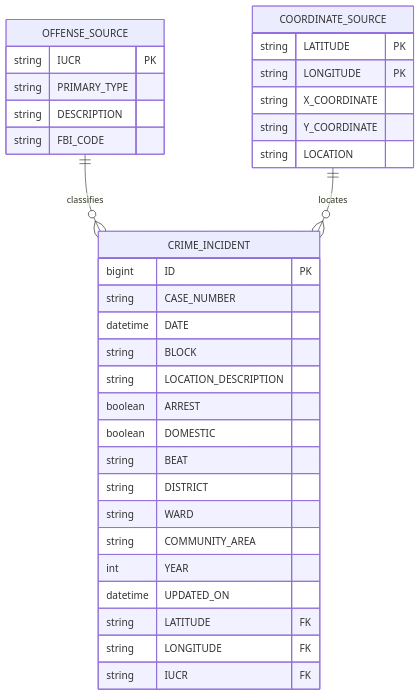
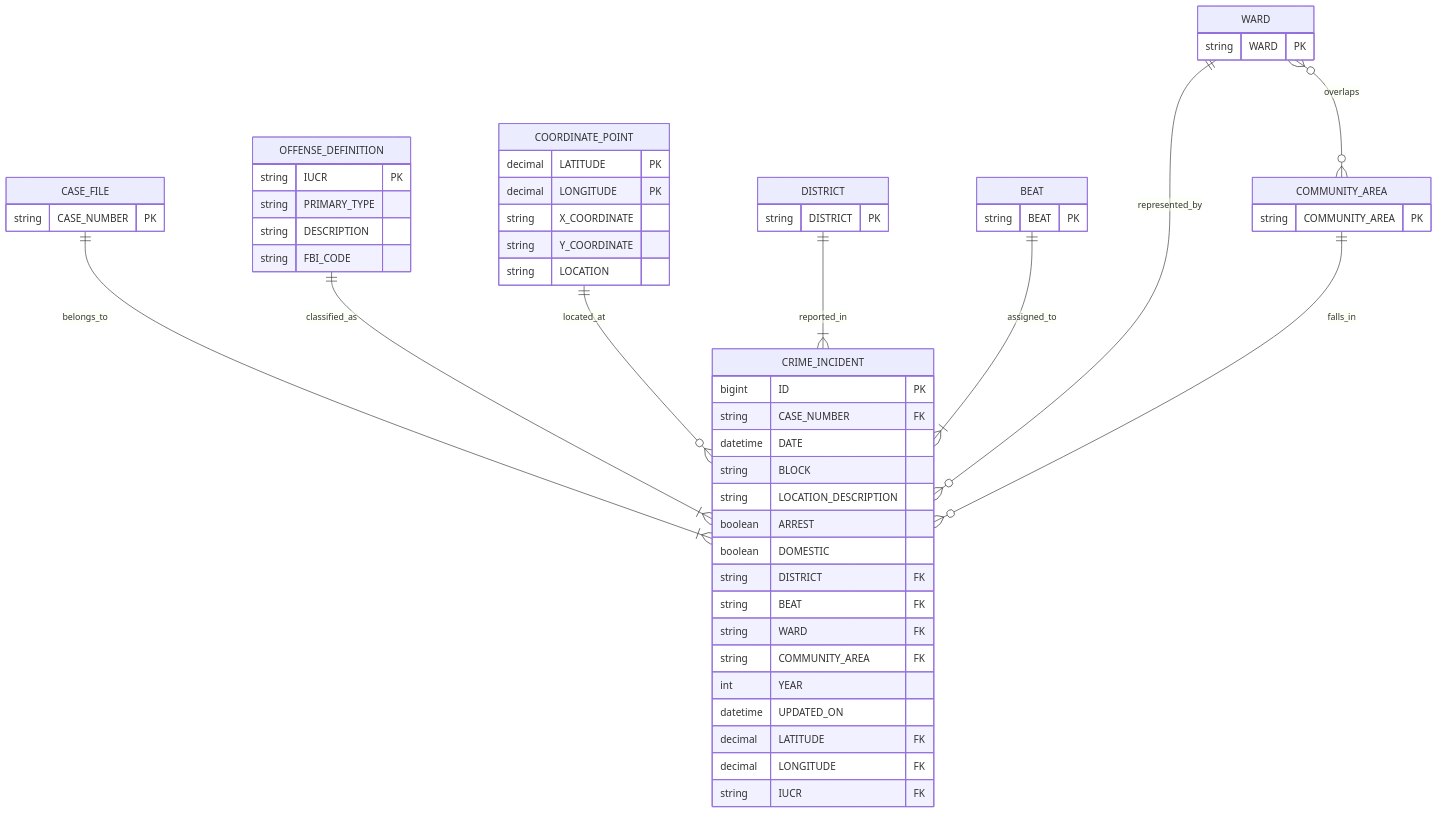
The diagram in README.md (ManushiChamika/Urban_Crime_Monitoring_and_Public_Safety_Intelligence), drawn with Mermaid before and after one commit. The commit also changed other lines of this file and 6 other files, not shown here.

````diff
--- a/README.md
+++ b/README.md
@@ -99,39 +95,65 @@
 ```mermaid
 erDiagram
     CRIME_INCIDENT {
         bigint ID PK
-        string CASE_NUMBER
+        string CASE_NUMBER FK
         datetime DATE
         string BLOCK
         string LOCATION_DESCRIPTION
         boolean ARREST
         boolean DOMESTIC
-        string BEAT
-        string DISTRICT
-        string WARD
-        string COMMUNITY_AREA
+        string DISTRICT FK
+        string BEAT FK
+        string WARD FK
+        string COMMUNITY_AREA FK
         int YEAR
         datetime UPDATED_ON
-        string LATITUDE FK
-        string LONGITUDE FK
+        decimal LATITUDE FK
+        decimal LONGITUDE FK
         string IUCR FK
     }
 
-    OFFENSE_SOURCE {
+    CASE_FILE {
+        string CASE_NUMBER PK
+    }
+
+    OFFENSE_DEFINITION {
         string IUCR PK
         string PRIMARY_TYPE
         string DESCRIPTION
         string FBI_CODE
     }
 
-    COORDINATE_SOURCE {
-        string LATITUDE PK
-        string LONGITUDE PK
+    COORDINATE_POINT {
+        decimal LATITUDE PK
+        decimal LONGITUDE PK
         string X_COORDINATE
         string Y_COORDINATE
         string LOCATION
     }
 
-    OFFENSE_SOURCE ||--o{ CRIME_INCIDENT : classifies
-    COORDINATE_SOURCE ||--o{ CRIME_INCIDENT : locates
+    DISTRICT {
+        string DISTRICT PK
+    }
+
+    BEAT {
+        string BEAT PK
+    }
+
+    WARD {
+        string WARD PK
+    }
+
+    COMMUNITY_AREA {
+        string COMMUNITY_AREA PK
+    }
+
+    CASE_FILE ||--|{ CRIME_INCIDENT : belongs_to
+    OFFENSE_DEFINITION ||--|{ CRIME_INCIDENT : classified_as
+    COORDINATE_POINT ||--o{ CRIME_INCIDENT : located_at
+    DISTRICT ||--|{ CRIME_INCIDENT : reported_in
+    BEAT ||--|{ CRIME_INCIDENT : assigned_to
+    WARD ||--o{ CRIME_INCIDENT : represented_by
+    COMMUNITY_AREA ||--o{ CRIME_INCIDENT : falls_in
+    WARD o{--o{ COMMUNITY_AREA : overlaps
 ```
````
